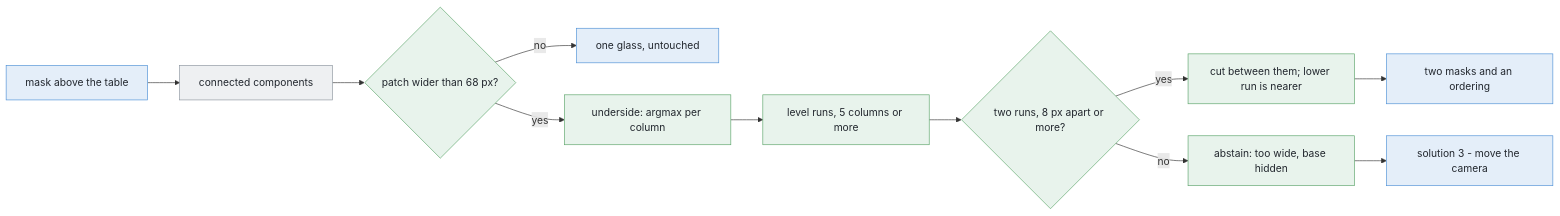
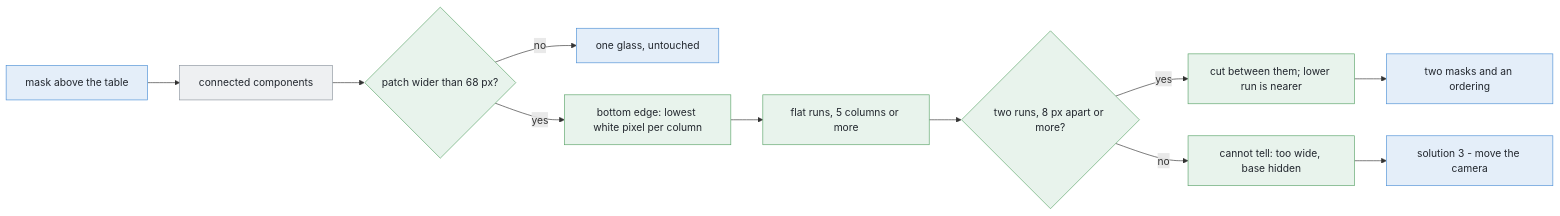
One commit to RobinNagpal/robot-arm-projects changed the third of 3 diagrams in v5-pick-glasses/docs/problem-2/solutions/01-split-the-blob-in-the-picture.md. Above: the diagram before and after it, drawn with Mermaid. The commit also changed other lines of this file and 1 other file, not shown here.

````diff
--- a/v5-pick-glasses/docs/problem-2/solutions/01-split-the-blob-in-the-picture.md
+++ b/v5-pick-glasses/docs/problem-2/solutions/01-split-the-blob-in-the-picture.md
@@ -257,24 +291,24 @@
 ```mermaid
 flowchart LR
     M["mask above the table"] --> CC["connected components"]
     CC --> W{"patch wider than 68 px?"}
     W -->|"no"| ONE["one glass, untouched"]
-    W -->|"yes"| U["underside: argmax per column"]
-    U --> RR["level runs, 5 columns or more"]
+    W -->|"yes"| U["bottom edge: lowest white pixel per column"]
+    U --> RR["flat runs, 5 columns or more"]
     RR --> G{"two runs, 8 px apart or more?"}
     G -->|"yes"| CUT["cut between them; lower run is nearer"]
-    G -->|"no"| AB["abstain: too wide, base hidden"]
+    G -->|"no"| AB["cannot tell: too wide, base hidden"]
     CUT --> REP["two masks and an ordering"]
     AB --> S3["solution 3 - move the camera"]
     style M fill:#e4eef9,stroke:#4c8fd6,color:#22272e
     style ONE fill:#e4eef9,stroke:#4c8fd6,color:#22272e
     style REP fill:#e4eef9,stroke:#4c8fd6,color:#22272e
     style S3 fill:#e4eef9,stroke:#4c8fd6,color:#22272e
     style CC fill:#eef0f2,stroke:#8b949e,color:#22272e
     style W fill:#e8f3ec,stroke:#5aa469,color:#22272e
     style U fill:#e8f3ec,stroke:#5aa469,color:#22272e
     style RR fill:#e8f3ec,stroke:#5aa469,color:#22272e
     style G fill:#e8f3ec,stroke:#5aa469,color:#22272e
     style CUT fill:#e8f3ec,stroke:#5aa469,color:#22272e
     style AB fill:#e8f3ec,stroke:#5aa469,color:#22272e
 ```
````
